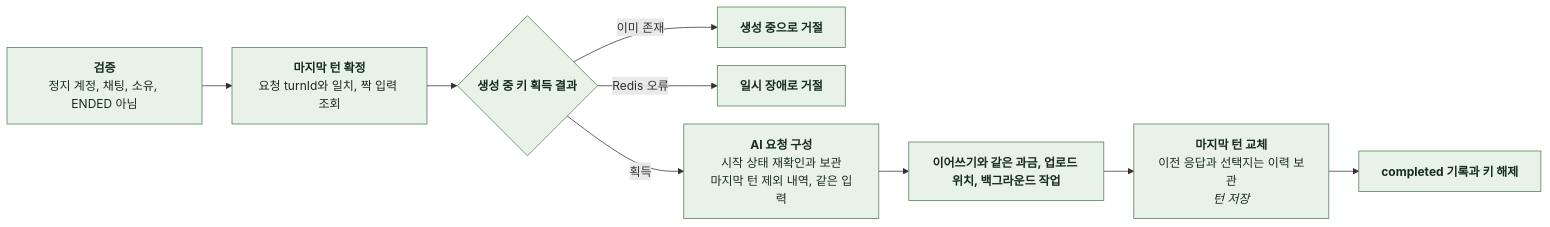
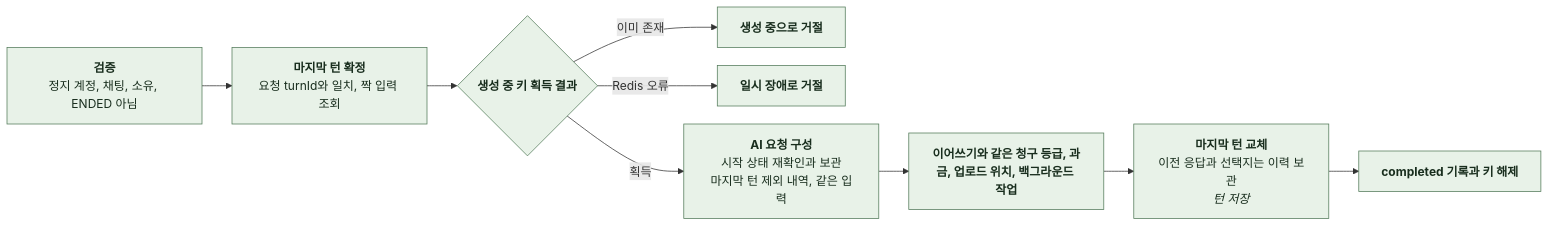
One commit to KIM-N-KANG/knk-harness changed the sixth of 15 diagrams in docs/domain/CHAT/BACKEND/4-1-PIPELINES.md. Above: the diagram before and after it, drawn with Mermaid. The commit also changed other lines of this file and 25 other files, not shown here.

````diff
--- a/docs/domain/CHAT/BACKEND/4-1-PIPELINES.md
+++ b/docs/domain/CHAT/BACKEND/4-1-PIPELINES.md
@@ -347,20 +357,20 @@
 ```mermaid
 %%{init: {"flowchart": {"curve": "basis", "nodeSpacing": 24, "rankSpacing": 40}}}%%
 flowchart LR
     A["`**검증**
 정지 계정, 채팅, 소유, ENDED 아님`"] --> B["`**마지막 턴 확정**
 요청 turnId와 일치, 짝 입력 조회`"]
     B --> L{"`**생성 중 키 획득 결과**`"}
     L -->|이미 존재| Z["`**생성 중으로 거절**`"]
     L -->|Redis 오류| W["`**일시 장애로 거절**`"]
     L -->|획득| C["`**AI 요청 구성**
 시작 상태 재확인과 보관
 마지막 턴 제외 내역, 같은 입력`"]
-    C --> D["`**이어쓰기와 같은 과금, 업로드 위치, 백그라운드 작업**`"]
+    C --> D["`**이어쓰기와 같은 청구 등급, 과금, 업로드 위치, 백그라운드 작업**`"]
     D --> E["`**마지막 턴 교체**
 이전 응답과 선택지는 이력 보관
 *턴 저장*`"]
     E --> F["`**completed 기록과 키 해제**`"]
     classDef comp fill:#E8F2E8,stroke:#527A59,color:#182D1D
     class A,B,L,Z,W,C,D,E,F comp
 ```
````
